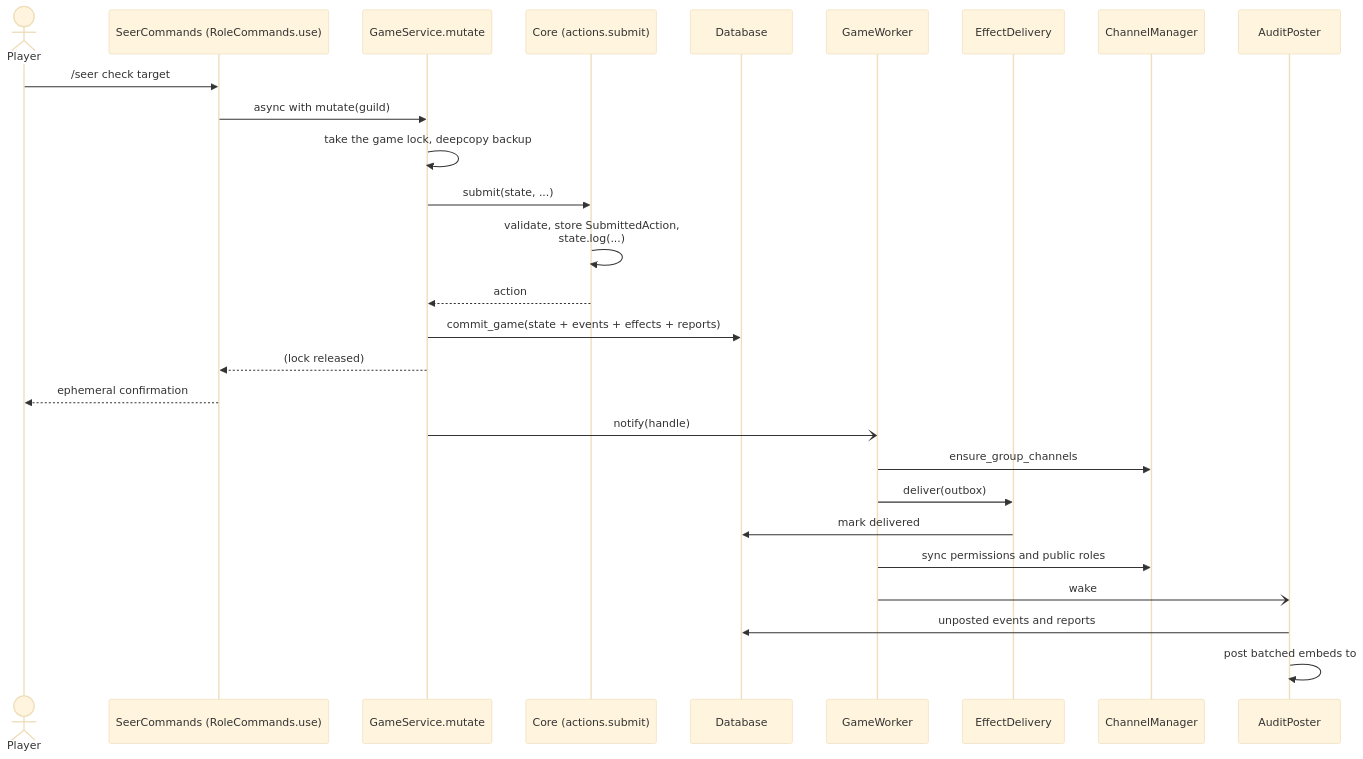
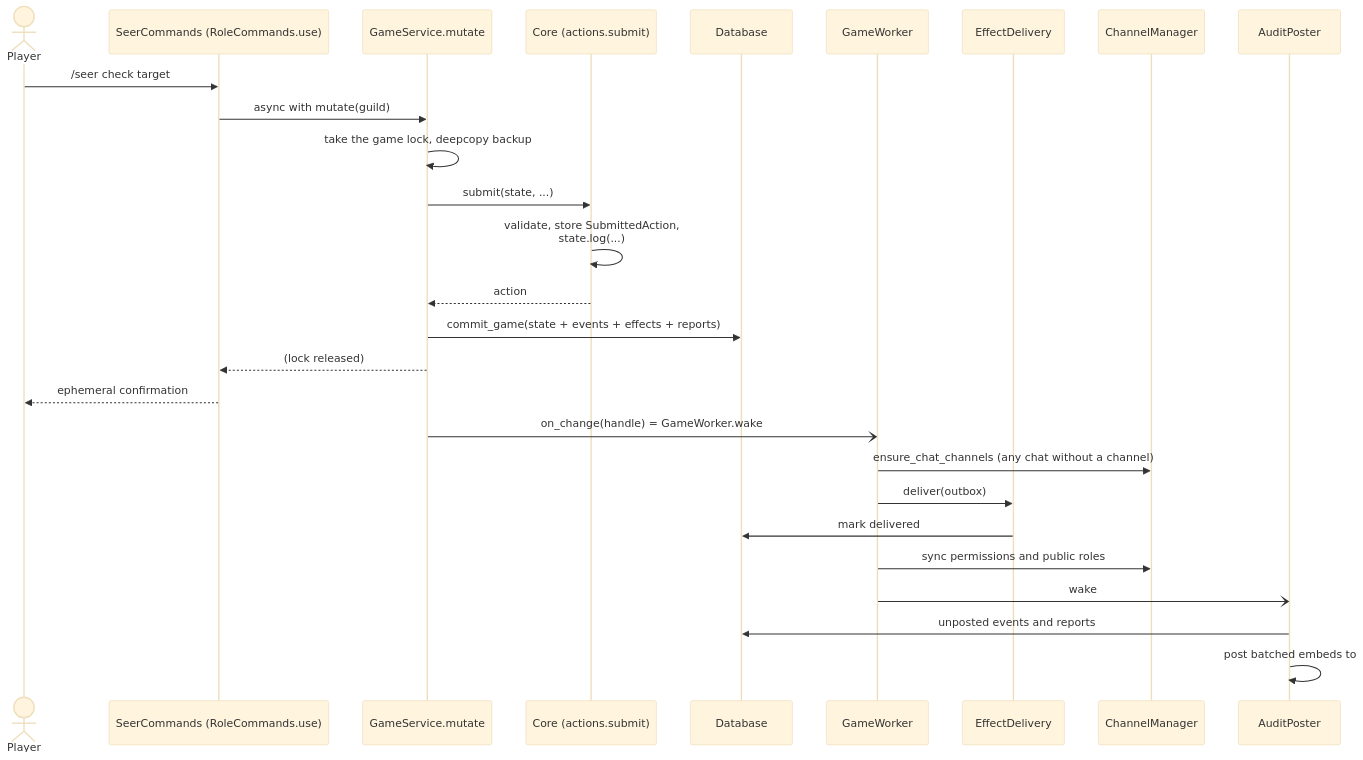
Before and after one commit to Mad-Scientist-Guild/Werewolves-bot: the fourth of 6 diagrams in Docs/Developer guide - architecture and data.md, drawn with Mermaid (base theme). The commit also changed other lines of this file and 87 other files, not shown here.

````diff
--- a/Docs/Developer guide - architecture and data.md
+++ b/Docs/Developer guide - architecture and data.md
@@ -281,29 +281,29 @@
 ```mermaid
 sequenceDiagram
     actor P as Player
     participant RC as SeerCommands (RoleCommands.use)
     participant GS as GameService.mutate
     participant EN as Core (actions.submit)
     participant DB as Database
     participant W as GameWorker
     participant ED as EffectDelivery
     participant CM as ChannelManager
     participant AP as AuditPoster
     P->>RC: /seer check target
     RC->>GS: async with mutate(guild)
     GS->>GS: take the game lock, deepcopy backup
     GS->>EN: submit(state, ...)
     EN->>EN: validate, store SubmittedAction,<br/>state.log(...)
     EN-->>GS: action
     GS->>DB: commit_game(state + events + effects + reports)
     GS-->>RC: (lock released)
     RC-->>P: ephemeral confirmation
-    GS-)W: notify(handle)
-    W->>CM: ensure_group_channels
+    GS-)W: on_change(handle) = GameWorker.wake
+    W->>CM: ensure_chat_channels (any chat without a channel)
     W->>ED: deliver(outbox)
     ED->>DB: mark delivered
     W->>CM: sync permissions and public roles
     W-)AP: wake
     AP->>DB: unposted events and reports
     AP->>AP: post batched embeds to #mod-log
 ```
````
